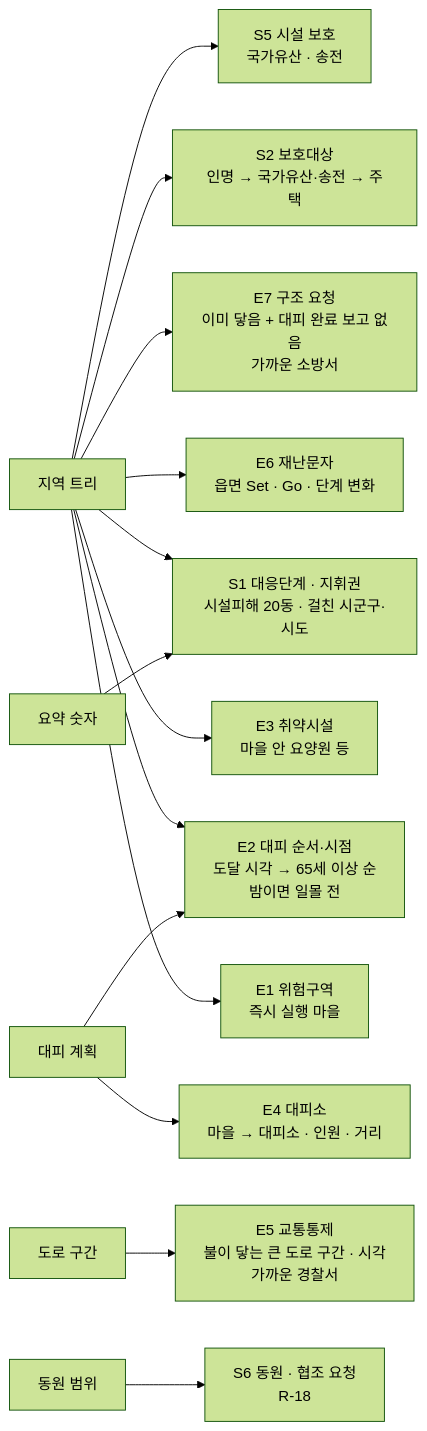
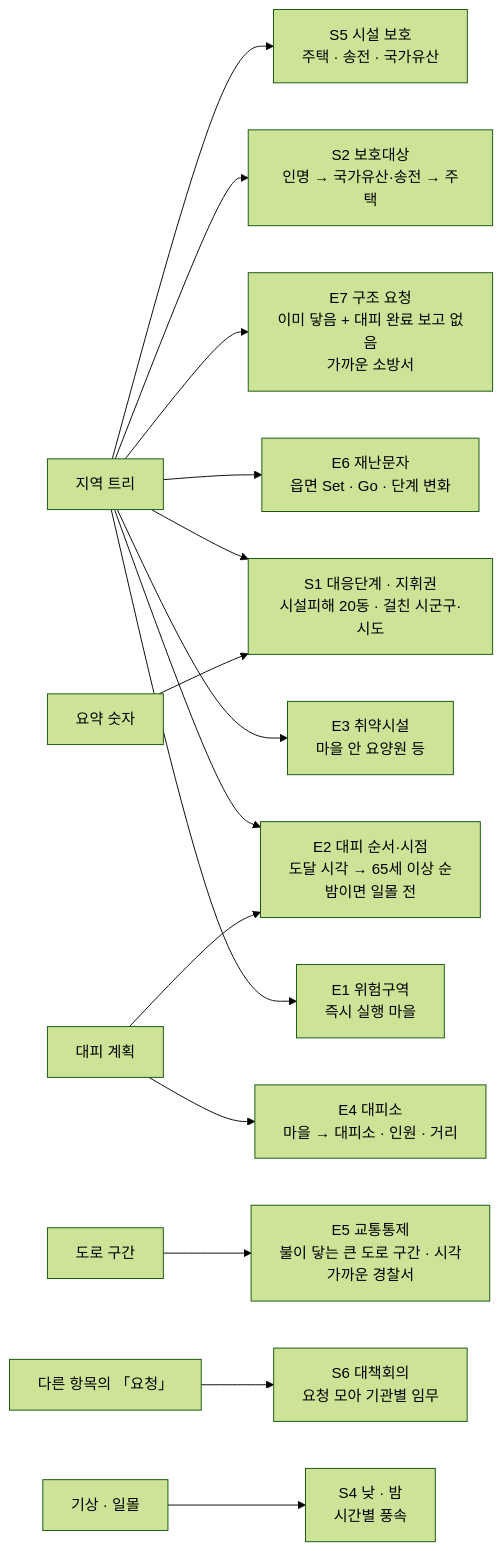
One commit to wildfire-guard-capstone/wfg-docs changed the eighth of 8 diagrams in docs/설계/규칙-엔진-설계.md. Above: the diagram before and after it, drawn with Mermaid (forest theme). The commit also changed other lines of this file and 1 other file, not shown here.

First line of the commit message:
docs: 규칙 엔진 S4 시간대 · S5 시설 보호 · S6 대책회의 추가, LLM 입력 S4 · S5 · S6-b 확인

````diff
--- a/docs/설계/규칙-엔진-설계.md
+++ b/docs/설계/규칙-엔진-설계.md
@@ -1407,16 +1407,17 @@
 ```mermaid
 flowchart LR
     T[지역 트리] --> E1[E1 위험구역<br/>즉시 실행 마을]
     T --> E2[E2 대피 순서·시점<br/>도달 시각 → 65세 이상 순<br/>밤이면 일몰 전]
     T --> E3[E3 취약시설<br/>마을 안 요양원 등]
     EP[대피 계획] --> E4[E4 대피소<br/>마을 → 대피소 · 인원 · 거리]
     EP --> E2
     RD[도로 구간] --> E5[E5 교통통제<br/>불이 닿는 큰 도로 구간 · 시각<br/>가까운 경찰서]
     T --> E6[E6 재난문자<br/>읍면 Set · Go · 단계 변화]
     T --> E7[E7 구조 요청<br/>이미 닿음 + 대피 완료 보고 없음<br/>가까운 소방서]
     T --> S2[S2 보호대상<br/>인명 → 국가유산·송전 → 주택]
-    T --> S5[S5 시설 보호<br/>국가유산 · 송전]
+    T --> S5[S5 시설 보호<br/>주택 · 송전 · 국가유산]
     T --> S1
     SUM[요약 숫자] --> S1[S1 대응단계 · 지휘권<br/>시설피해 20동 · 걸친 시군구·시도]
-    MOB[동원 범위] --> S6[S6 동원 · 협조 요청<br/>R-18]
+    REQ[다른 항목의 「요청」] --> S6[S6 대책회의<br/>요청 모아 기관별 임무]
+    W[기상 · 일몰] --> S4[S4 낮 · 밤<br/>시간별 풍속]
 ```
````
